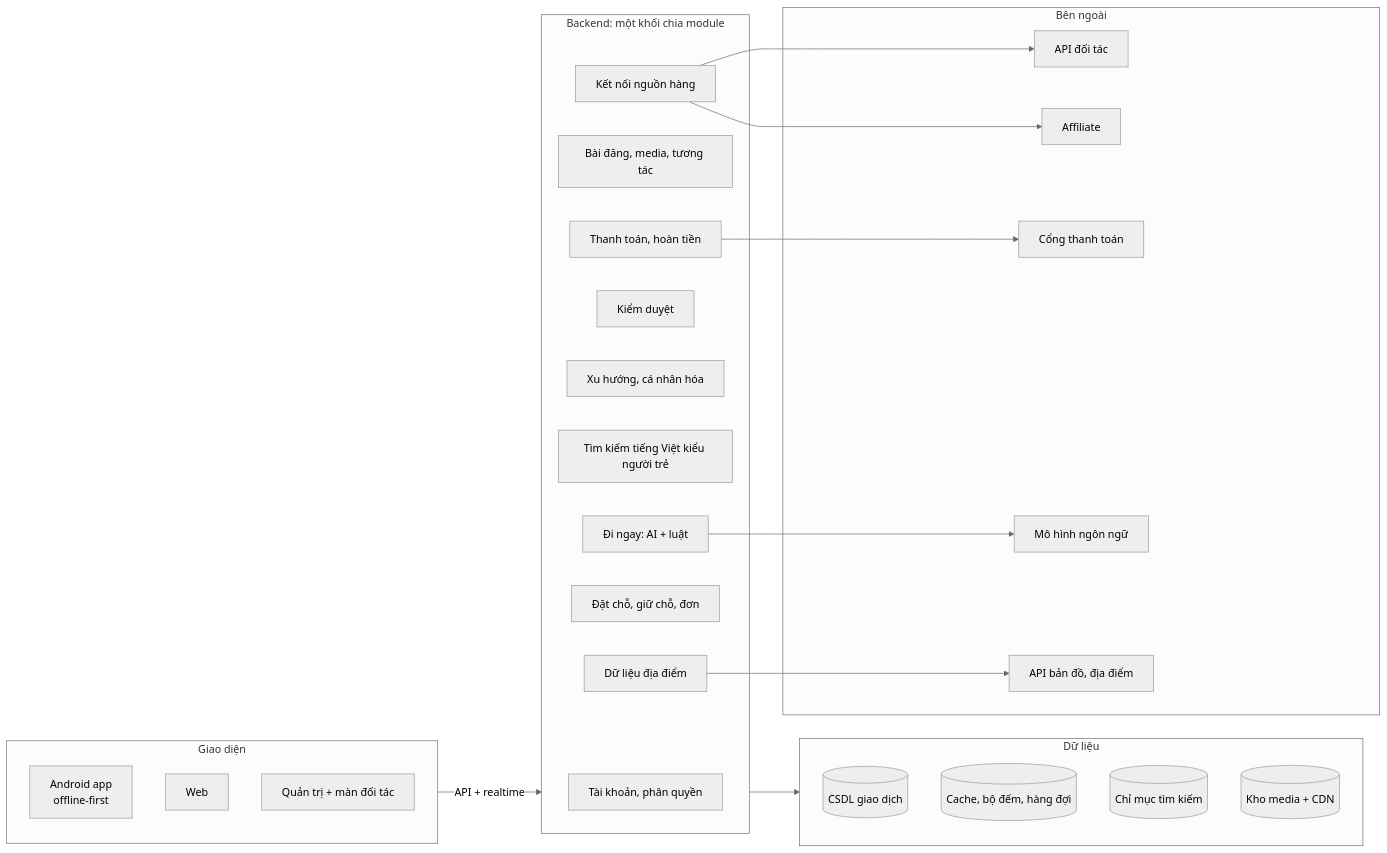
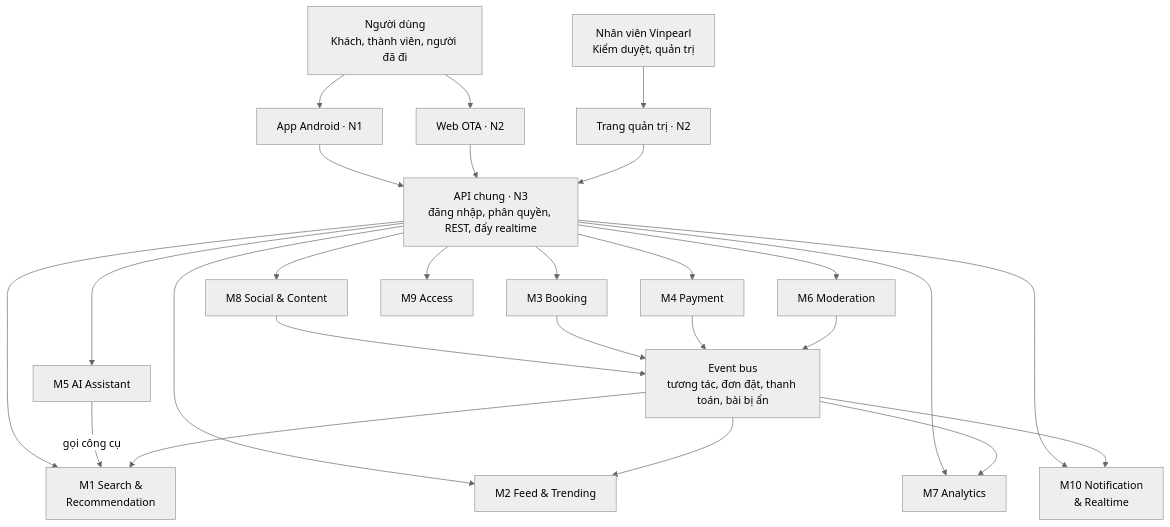
One commit to lengqbaorr/OTA_research changed the first of 5 diagrams in docs/03-y-tuong-trien-khai.md. Above: the diagram before and after it, drawn with Mermaid (neutral theme). The commit also changed other lines of this file and 3 other files, not shown here.

First line of the commit message:
Align docs with the agreed Tripflix direction: verified travelers, Đặt y chang, Vinpearl scope, module assignment

````diff
--- a/docs/03-y-tuong-trien-khai.md
+++ b/docs/03-y-tuong-trien-khai.md
@@ -225,40 +227,30 @@
 ```mermaid
-flowchart LR
-    subgraph CLIENT["Giao diện"]
-        AND["Android app<br/>offline-first"]
-        WEB["Web"]
-        ADM["Quản trị + màn đối tác"]
-    end
-    subgraph BACK["Backend: một khối chia module"]
-        AUTH["Tài khoản, phân quyền"]
-        POSTM["Bài đăng, media, tương tác"]
-        PLACE["Dữ liệu địa điểm"]
-        MODM["Kiểm duyệt"]
-        TRN["Xu hướng, cá nhân hóa"]
-        SRCH["Tìm kiếm tiếng Việt kiểu người trẻ"]
-        PLAN["Đi ngay: AI + luật"]
-        BK["Đặt chỗ, giữ chỗ, đơn"]
-        PAYM["Thanh toán, hoàn tiền"]
-        SUP["Kết nối nguồn hàng"]
-    end
-    subgraph DATA["Dữ liệu"]
-        DB[("CSDL giao dịch")]
-        CACHE[("Cache, bộ đếm, hàng đợi")]
-        IDX[("Chỉ mục tìm kiếm")]
-        MEDIA[("Kho media + CDN")]
-    end
-    subgraph EXT["Bên ngoài"]
-        OTA["API đối tác"]
-        AFFN["Affiliate"]
-        PGW["Cổng thanh toán"]
-        LLM["Mô hình ngôn ngữ"]
-        MAP["API bản đồ, địa điểm"]
-    end
-    CLIENT -->|"API + realtime"| BACK
-    BACK --> DATA
-    SUP --> OTA
-    SUP --> AFFN
-    PAYM --> PGW
-    PLAN --> LLM
-    PLACE --> MAP
+flowchart TD
+    U["Người dùng<br/>Khách, thành viên, người đã đi"] --> APP["App Android · N1"]
+    U --> WEB["Web OTA · N2"]
+    S["Nhân viên Vinpearl<br/>Kiểm duyệt, quản trị"] --> ADM["Trang quản trị · N2"]
+    APP --> GW
+    WEB --> GW
+    ADM --> GW
+    GW["API chung · N3<br/>đăng nhập, phân quyền, REST, đẩy realtime"]
+    GW --> M1["M1 Search &<br/>Recommendation"]
+    GW --> M2["M2 Feed & Trending"]
+    GW --> M3["M3 Booking"]
+    GW --> M4["M4 Payment"]
+    GW --> M5["M5 AI Assistant"]
+    GW --> M6["M6 Moderation"]
+    GW --> M7["M7 Analytics"]
+    GW --> M8["M8 Social & Content"]
+    GW --> M9["M9 Access"]
+    GW --> M10["M10 Notification<br/>& Realtime"]
+    M5 -->|"gọi công cụ"| M1
+    M8 --> EB
+    M3 --> EB
+    M4 --> EB
+    M6 --> EB
+    EB["Event bus<br/>tương tác, đơn đặt, thanh toán, bài bị ẩn"]
+    EB --> M1
+    EB --> M2
+    EB --> M7
+    EB --> M10
 ```
````
